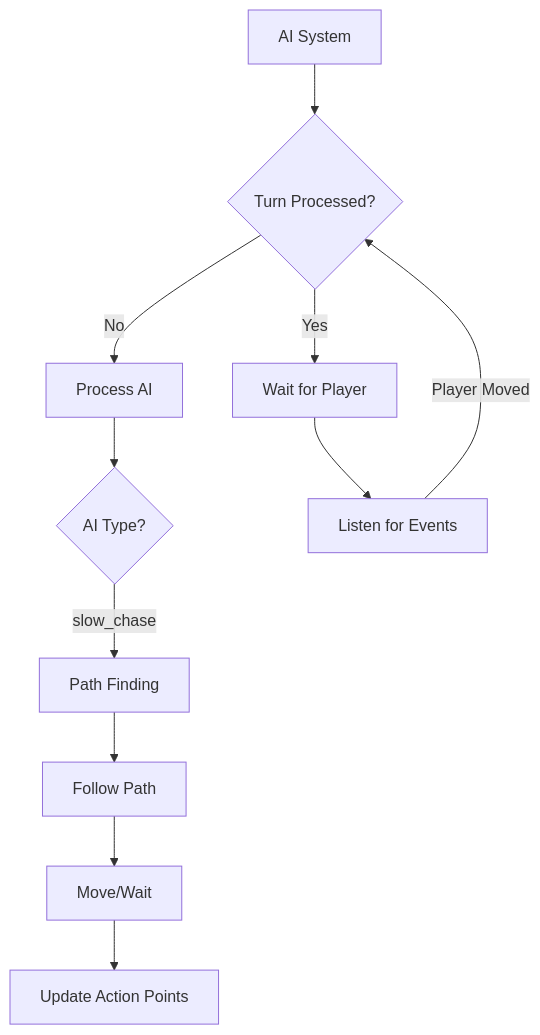
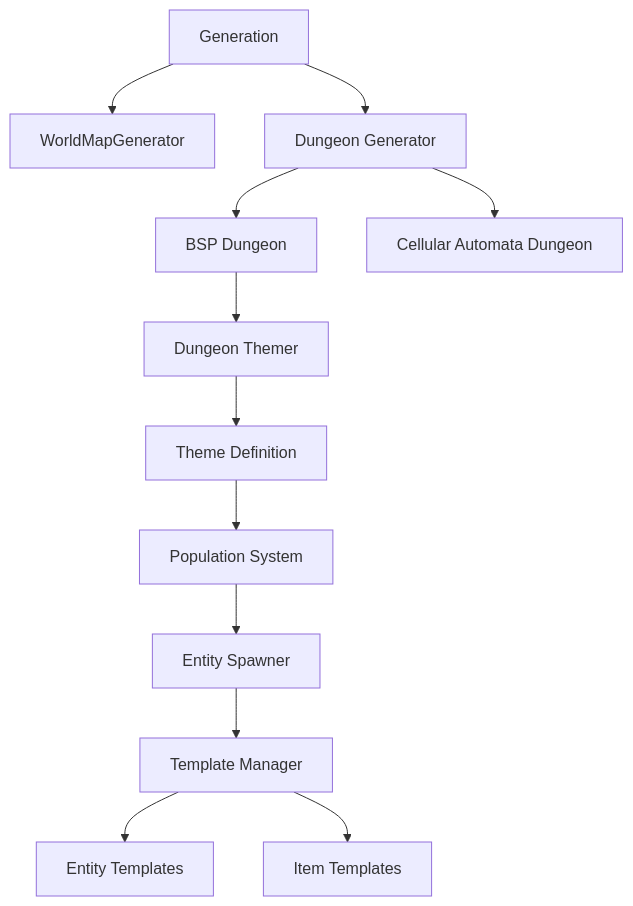
The fourth of 6 diagrams in README.md (denialofself/Gearworld), drawn with Mermaid before and after one commit. The commit also changed other lines of this file and 16 other files, not shown here.

````diff
--- a/README.md
+++ b/README.md
@@ -130,13 +204,17 @@
 ```mermaid
-flowchart TD
-    A[AI System] --> B{Turn Processed?}
-    B -- No --> C[Process AI]
-    B -- Yes --> D[Wait for Player]
-    C --> E{AI Type?}
-    E -- slow_chase --> F[Path Finding]
-    F --> G[Follow Path]
-    G --> H[Move/Wait]
-    H --> I[Update Action Points]
-    D --> J[Listen for Events]
-    J -- Player Moved --> B
+graph TD
+    Generation[Generation] --> WorldMapGen[WorldMapGenerator]
+    Generation --> DungeonGen[Dungeon Generator]
+    
+    DungeonGen --> BSPDungeon[BSP Dungeon]
+    DungeonGen --> CellularAutomata[Cellular Automata Dungeon]
+    
+    BSPDungeon --> DungeonThemer[Dungeon Themer]
+    DungeonThemer --> ThemeDefinition[Theme Definition]
+    ThemeDefinition --> Population[Population System]
+    
+    Population --> EntitySpawner[Entity Spawner]
+    EntitySpawner --> Templates[Template Manager]
+    Templates --> EntityTemplates[Entity Templates]
+    Templates --> ItemTemplates[Item Templates]
 ```
````
